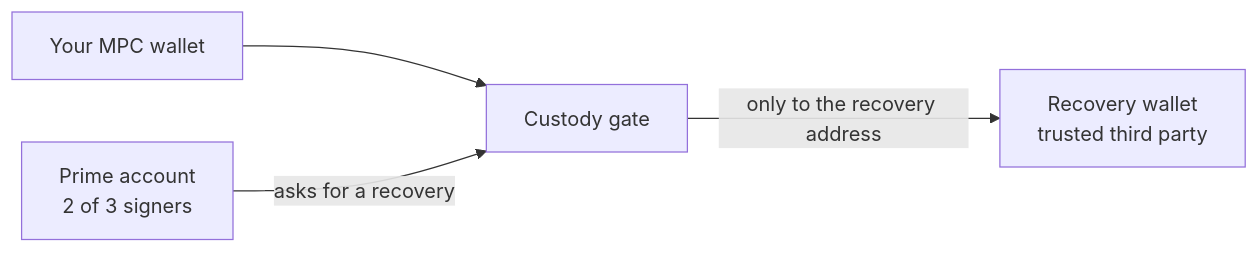
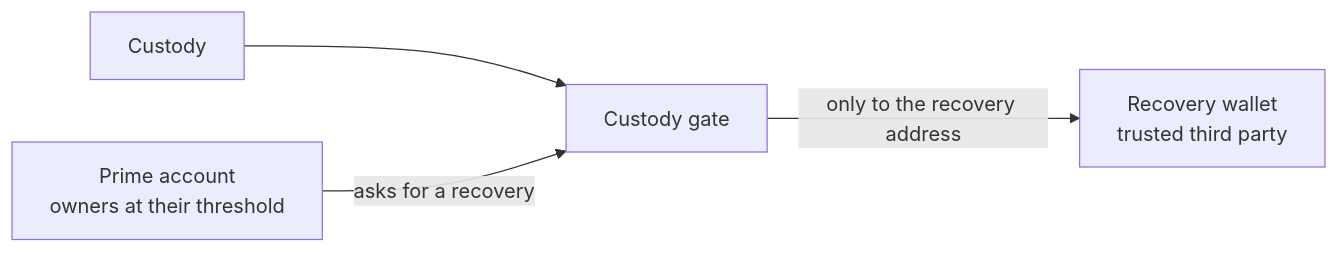
Before and after one commit to untangledfinance/oz-policy-builder: the third of 6 diagrams in docs/architecture.md, drawn with Mermaid. The commit also changed other lines of this file and 5 other files, not shown here.

First line of the commit message:
docs: a page per chain, an overview and a whole-system architecture

````diff
--- a/docs/architecture.md
+++ b/docs/architecture.md
@@ -93,6 +96,6 @@
 ```mermaid
 flowchart LR
-    MPC["Your MPC wallet"] --> GATE["Custody gate"]
-    PRIME["Prime account<br/>2 of 3 signers"] -->|"asks for a recovery"| GATE
+    MPC["Custody"] --> GATE["Custody gate"]
+    PRIME["Prime account<br/>owners at their threshold"] -->|"asks for a recovery"| GATE
     GATE -->|"only to the recovery address"| REC["Recovery wallet<br/>trusted third party"]
 ```
````
